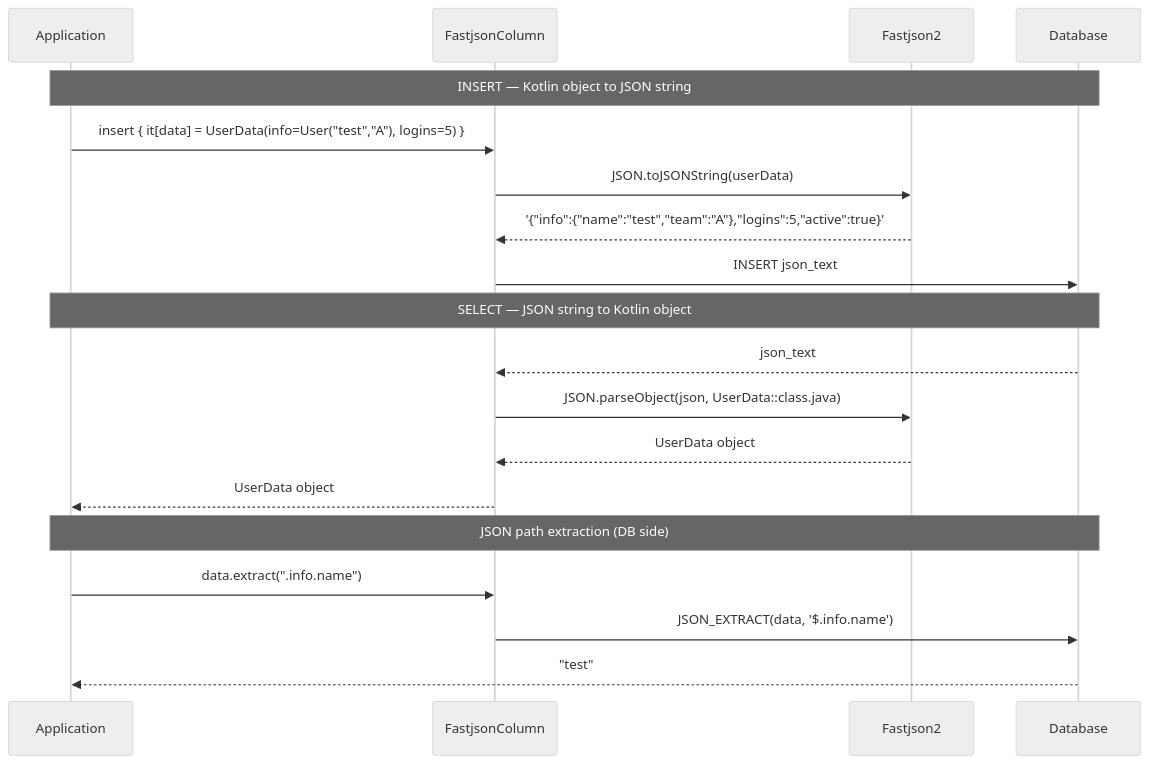
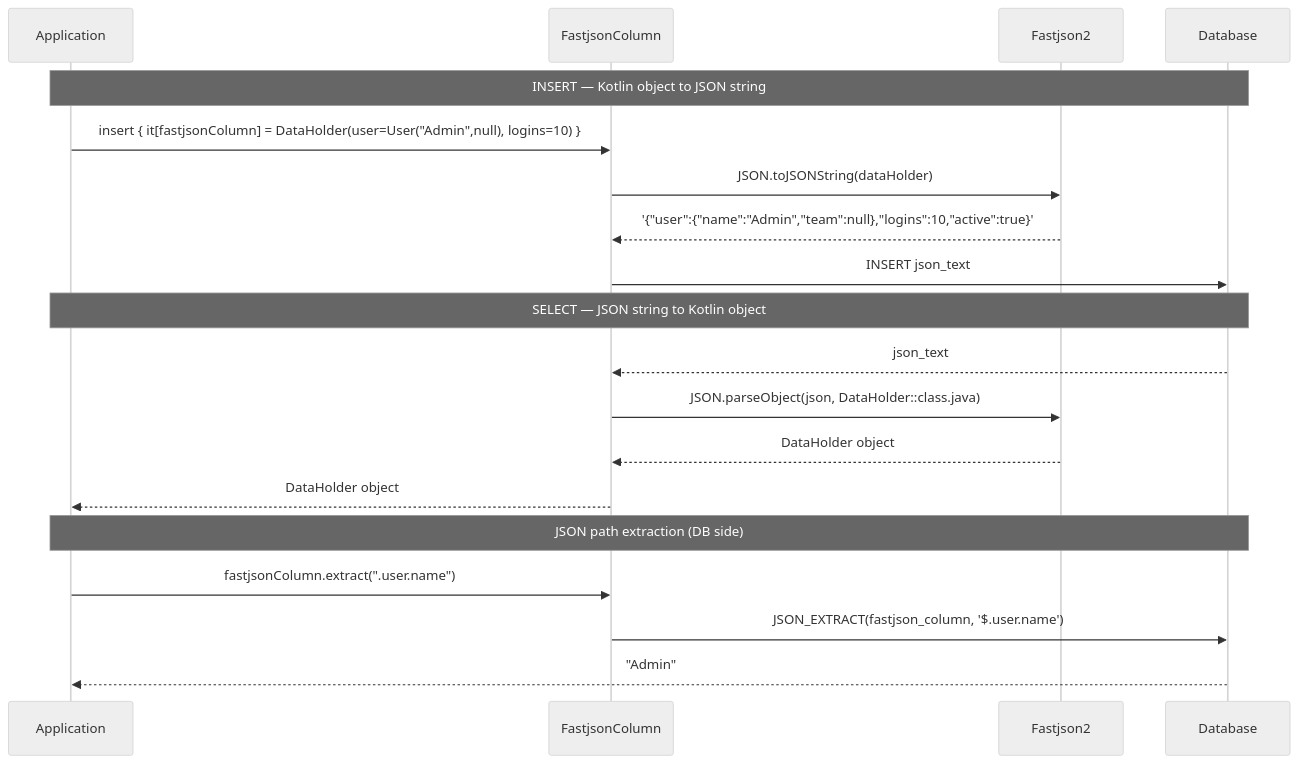
The second of 3 diagrams in 06-advanced/09-exposed-r2dbc-fastjson2/README.md (bluetape4k/exposed-r2dbc-workshop), drawn with Mermaid (neutral theme) before and after one commit. The commit also changed other lines of this file and 19 other files, not shown here.

````diff
--- a/06-advanced/09-exposed-r2dbc-fastjson2/README.md
+++ b/06-advanced/09-exposed-r2dbc-fastjson2/README.md
@@ -80,24 +80,24 @@
 ```mermaid
 sequenceDiagram
     participant App as Application
     participant Col as FastjsonColumn
     participant FJ as Fastjson2
     participant DB as Database
 
     Note over App,DB: INSERT — Kotlin object to JSON string
-    App ->> Col: insert { it[data] = UserData(info=User("test","A"), logins=5) }
-    Col ->> FJ: JSON.toJSONString(userData)
-    FJ -->> Col: '{"info":{"name":"test","team":"A"},"logins":5,"active":true}'
+    App ->> Col: insert { it[fastjsonColumn] = DataHolder(user=User("Admin",null), logins=10) }
+    Col ->> FJ: JSON.toJSONString(dataHolder)
+    FJ -->> Col: '{"user":{"name":"Admin","team":null},"logins":10,"active":true}'
     Col ->> DB: INSERT json_text
 
     Note over App,DB: SELECT — JSON string to Kotlin object
     DB -->> Col: json_text
-    Col ->> FJ: JSON.parseObject(json, UserData::class.java)
-    FJ -->> Col: UserData object
-    Col -->> App: UserData object
+    Col ->> FJ: JSON.parseObject(json, DataHolder::class.java)
+    FJ -->> Col: DataHolder object
+    Col -->> App: DataHolder object
 
     Note over App,DB: JSON path extraction (DB side)
-    App ->> Col: data.extract(".info.name")
-    Col ->> DB: JSON_EXTRACT(data, '$.info.name')
-    DB -->> App: "test"
+    App ->> Col: fastjsonColumn.extract(".user.name")
+    Col ->> DB: JSON_EXTRACT(fastjson_column, '$.user.name')
+    DB -->> App: "Admin"
 ```
````
